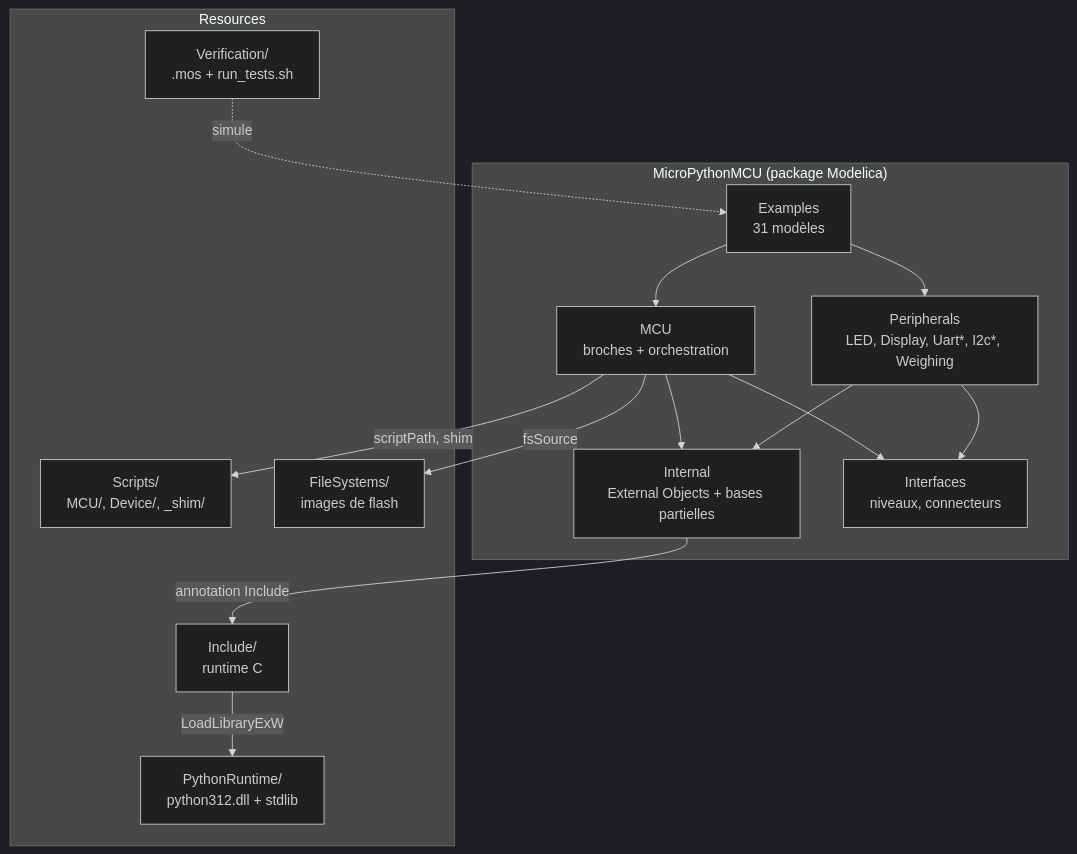
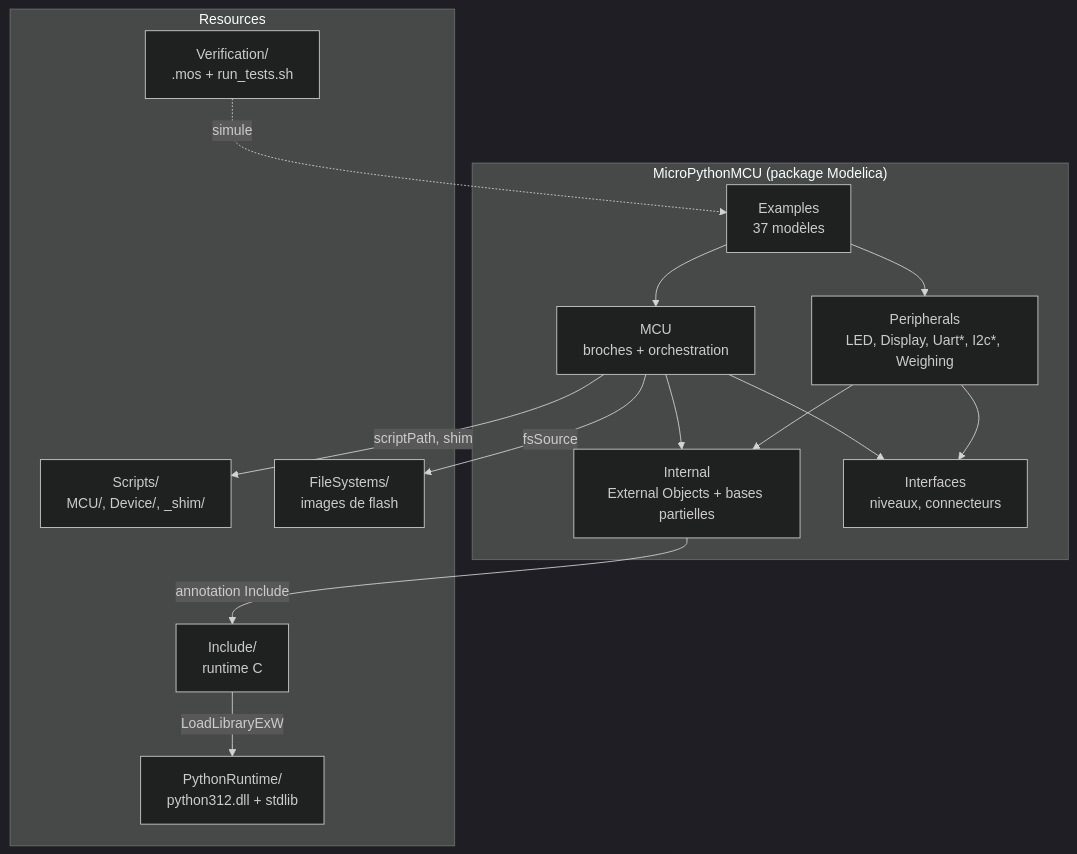
One commit to bdelaup/modelica_micropython changed the diagram in docs/fr/interne/architecture.md. Above: the diagram before and after it, drawn with Mermaid (dark theme). The commit also changed other lines of this file and 62 other files, not shown here.

````diff
--- a/docs/fr/interne/architecture.md
+++ b/docs/fr/interne/architecture.md
@@ -10,28 +10,28 @@
 ```mermaid
 flowchart TB
     subgraph LIB["MicroPythonMCU (package Modelica)"]
-        Examples["Examples<br/>31 modèles"]
+        Examples["Examples<br/>37 modèles"]
         MCU["MCU<br/>broches + orchestration"]
         Peripherals["Peripherals<br/>LED, Display, Uart*, I2c*, Weighing"]
         Internal["Internal<br/>External Objects + bases partielles"]
         Interfaces["Interfaces<br/>niveaux, connecteurs"]
     end
     subgraph RES["Resources"]
         Include["Include/<br/>runtime C"]
         PythonRuntime["PythonRuntime/<br/>python312.dll + stdlib"]
         Scripts["Scripts/<br/>MCU/, Device/, _shim/"]
         FileSystems["FileSystems/<br/>images de flash"]
         Verification["Verification/<br/>.mos + run_tests.sh"]
     end
     Examples --> MCU
     Examples --> Peripherals
     MCU --> Internal
     Peripherals --> Internal
     MCU --> Interfaces
     Peripherals --> Interfaces
     Internal -- "annotation Include" --> Include
     Include -- "LoadLibraryExW" --> PythonRuntime
     MCU -- "scriptPath, shim" --> Scripts
     MCU -- "fsSource" --> FileSystems
     Verification -. "simule" .-> Examples
 ```
````
